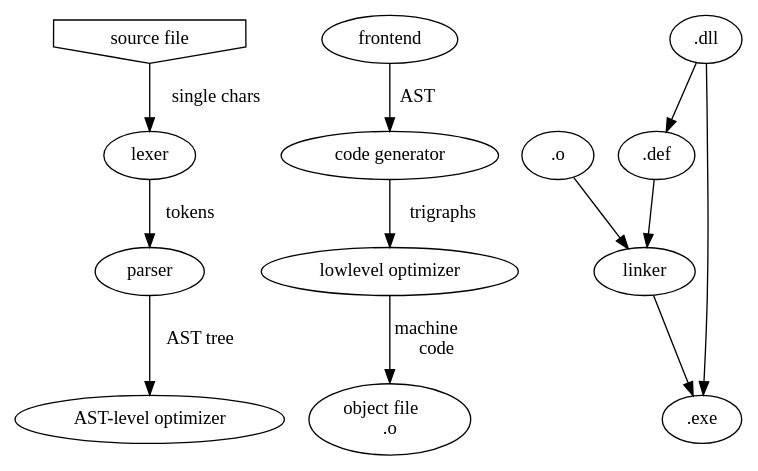
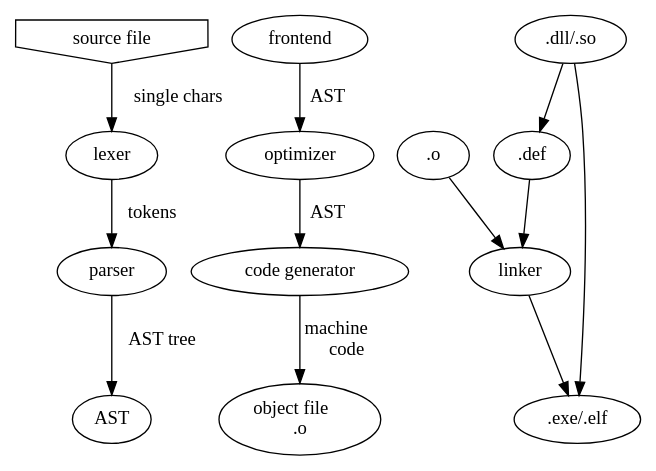
One commit to ponyatov/Y changed the diagram in doc/fig/compiler.dot. Above: the diagram before and after it, drawn with Graphviz. The commit also changed 15 other files, not shown here.

```diff
--- a/doc/fig/compiler.dot
+++ b/doc/fig/compiler.dot
@@ -1,26 +1,25 @@
 digraph {
 
 subgraph frontend { label=frontend; 
 
 "source file" [shape=invhouse];
 "source file" -> lexer [label="  single chars"];
 lexer -> parser [label="  tokens"];
-parser -> "AST-level optimizer" [label="  AST tree"]; 
+parser -> "AST" [label="  AST tree"]; 
 }
 
 subgraph backend { label=backend;
 
-frontend -> "code generator" [label="  AST"];
-"code generator" -> "lowlevel optimizer" [label="  trigraphs"] ;
-"lowlevel optimizer" -> "object file\l.o" [label="  machine\lcode"];
+frontend -> "optimizer" -> "code generator" [label="  AST"];
+"code generator" -> "object file\l.o" [label="  machine\lcode"];
  
 }
 
 subgraph { label=linker;
 ".o" -> linker;
-".dll" -> ".def" -> linker;
-linker -> ".exe";
-".dll" -> ".exe";
+".dll/.so" -> ".def" -> linker;
+linker -> ".exe/.elf";
+".dll/.so" -> ".exe/.elf";
 }
 
 }
```
